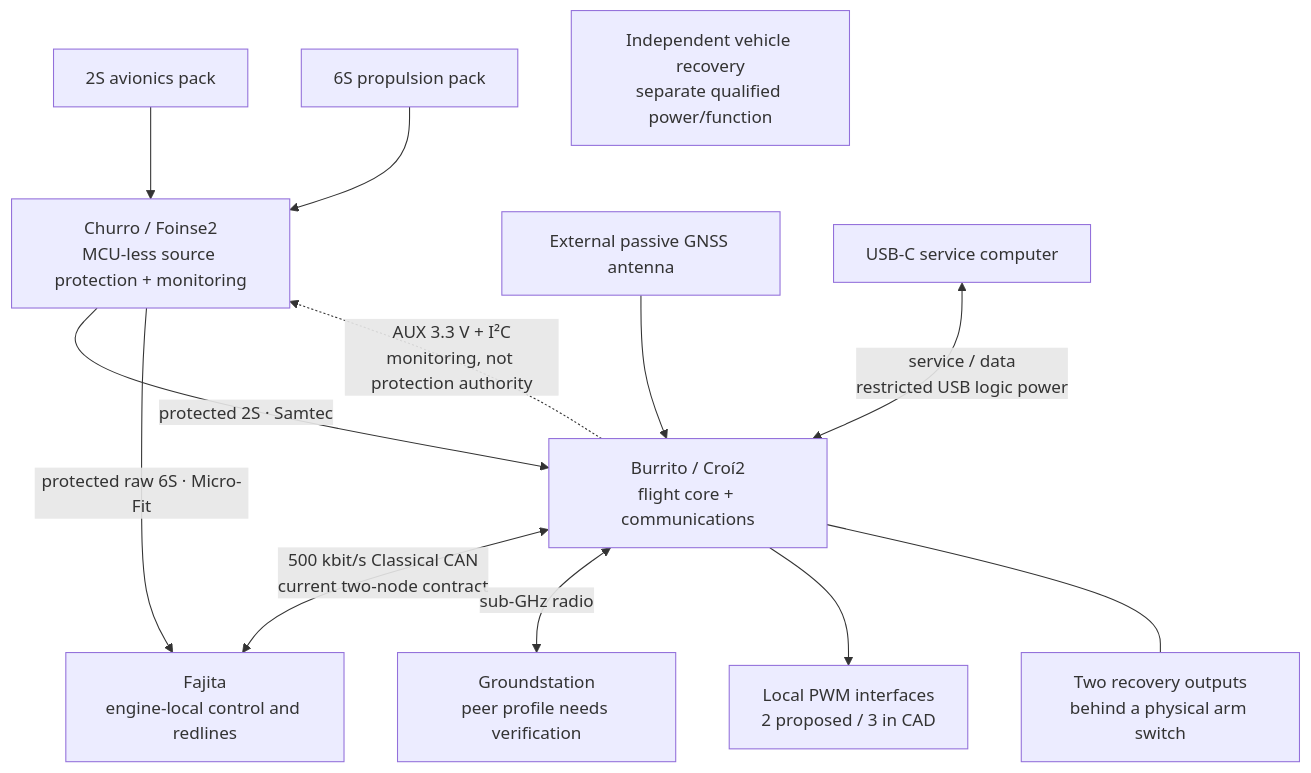
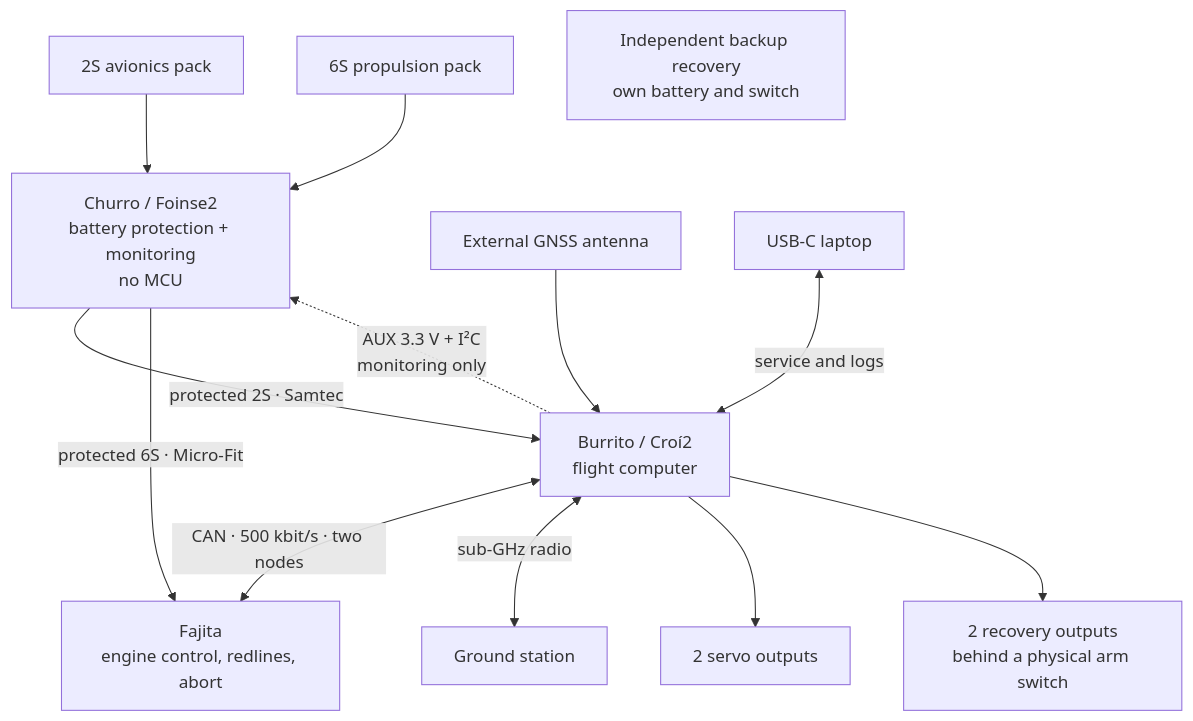
Before and after one commit to ULAS-HiPR/Ogma2: the first of 3 diagrams in docs/architecture/system-tour.md, drawn with Mermaid. The commit also changed other lines of this file and 25 other files, not shown here.

````diff
--- a/docs/architecture/system-tour.md
+++ b/docs/architecture/system-tour.md
@@ -15,15 +11,22 @@
 ```mermaid
 flowchart TB
-  AV["2S avionics pack"] --> C["Churro / Foinse2\nMCU-less source protection + monitoring"]
+  AV["2S avionics pack"] --> C["Churro / Foinse2
+battery protection + monitoring
+no MCU"]
   PROP["6S propulsion pack"] --> C
-  C -->|"protected 2S · Samtec"| B["Burrito / Croí2\nflight core + communications"]
-  C -->|"protected raw 6S · Micro-Fit"| F["Fajita\nengine-local control and redlines"]
-  B <-->|"500 kbit/s Classical CAN\ncurrent two-node contract"| F
-  B -.->|"AUX 3.3 V + I²C\nmonitoring, not protection authority"| C
-  B <-->|"sub-GHz radio"| G["Groundstation\npeer profile needs verification"]
-  A["External passive GNSS antenna"] --> B
-  U["USB-C service computer"] <-->|"service / data\nrestricted USB logic power"| B
-  B --> L["Local PWM interfaces\n2 proposed / 3 in CAD"]
-  B --- E["Two recovery outputs\nbehind a physical arm switch"]
-  I["Independent vehicle recovery\nseparate qualified power/function"]
+  C -->|"protected 2S · Samtec"| B["Burrito / Croí2
+flight computer"]
+  C -->|"protected 6S · Micro-Fit"| F["Fajita
+engine control, redlines, abort"]
+  B <-->|"CAN · 500 kbit/s · two nodes"| F
+  B -.->|"AUX 3.3 V + I²C
+monitoring only"| C
+  B <-->|"sub-GHz radio"| G["Ground station"]
+  A["External GNSS antenna"] --> B
+  U["USB-C laptop"] <-->|"service and logs"| B
+  B --> S["2 servo outputs"]
+  B --> O["2 recovery outputs
+behind a physical arm switch"]
+  I["Independent backup recovery
+own battery and switch"]
 ```
````
